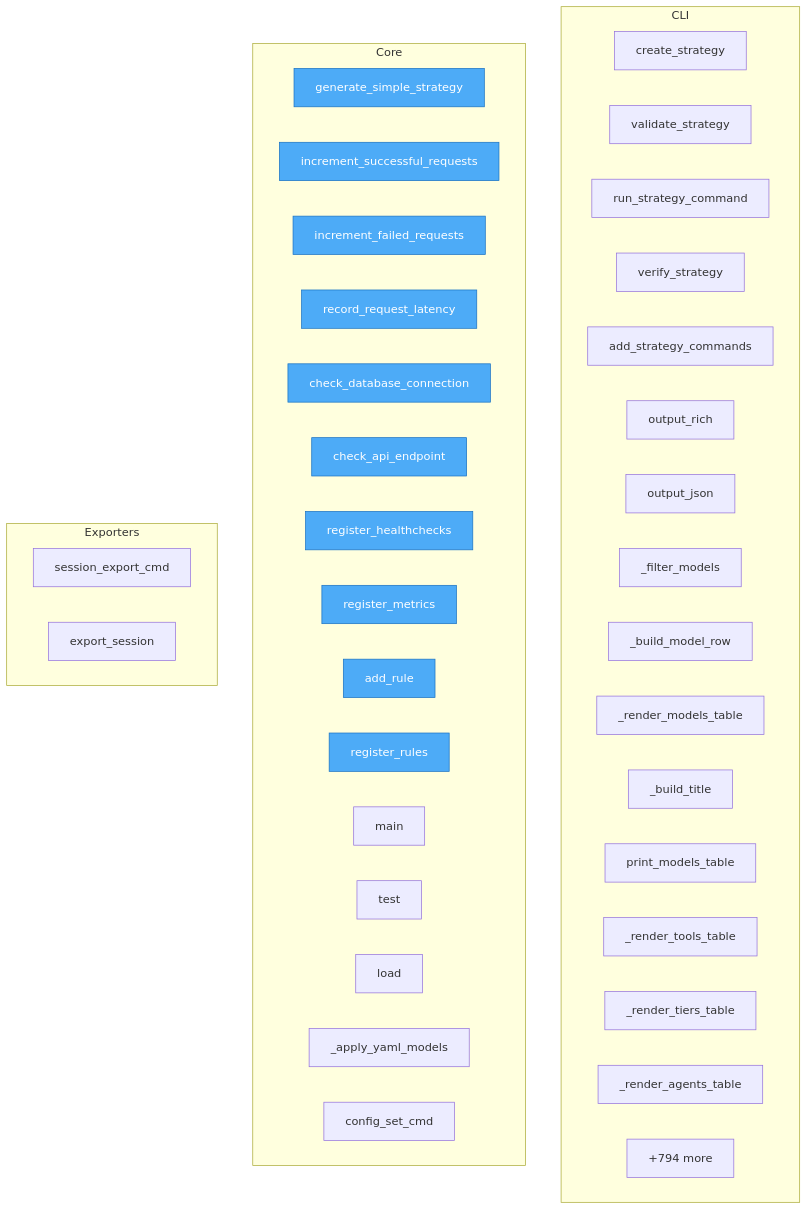
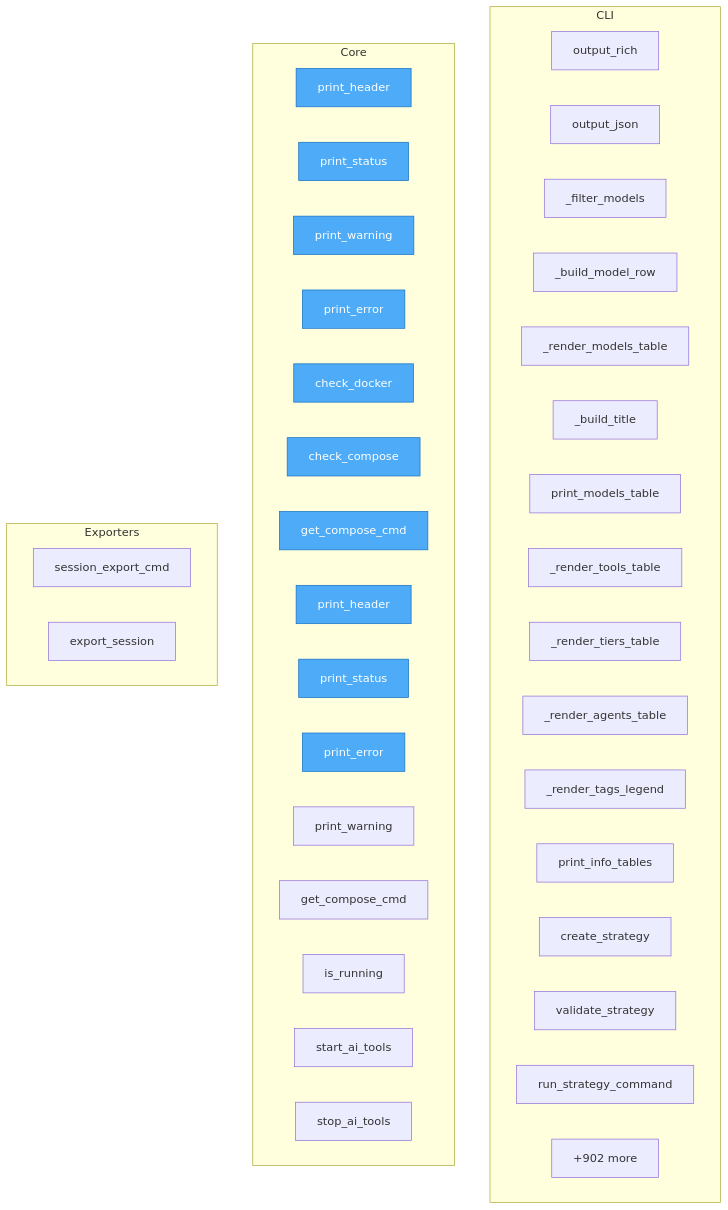
One commit to semcod/llx changed the diagram in project/flow.mmd. Above: the diagram before and after it, drawn with Mermaid. The commit also changed 47 other files, not shown here.

```diff
--- a/project/flow.mmd
+++ b/project/flow.mmd
@@ -1,49 +1,49 @@
 flowchart TD
 
     %% Entry points (blue)
     classDef entry fill:#4dabf7,stroke:#1971c2,color:#fff
 
     subgraph CLI
-        llx__cli__strategy_commands__create_strategy["create_strategy"]
-        llx__cli__strategy_commands__validate_strategy["validate_strategy"]
-        llx__cli__strategy_commands__run_strategy_command["run_strategy_command"]
-        llx__cli__strategy_commands__verify_strategy["verify_strategy"]
-        llx__cli__strategy_commands__add_strategy_commands["add_strategy_commands"]
         llx__cli__formatters__output_rich["output_rich"]
         llx__cli__formatters__output_json["output_json"]
         llx__cli__formatters___filter_models["_filter_models"]
         llx__cli__formatters___build_model_row["_build_model_row"]
         llx__cli__formatters___render_models_table["_render_models_table"]
         llx__cli__formatters___build_title["_build_title"]
         llx__cli__formatters__print_models_table["print_models_table"]
         llx__cli__formatters___render_tools_table["_render_tools_table"]
         llx__cli__formatters___render_tiers_table["_render_tiers_table"]
         llx__cli__formatters___render_agents_table["_render_agents_table"]
-        ...["+30 more"]
+        llx__cli__formatters___render_tags_legend["_render_tags_legend"]
+        llx__cli__formatters__print_info_tables["print_info_tables"]
+        llx__cli__strategy_commands__create_strategy["create_strategy"]
+        llx__cli__strategy_commands__validate_strategy["validate_strategy"]
+        llx__cli__strategy_commands__run_strategy_command["run_strategy_command"]
+        ...["+31 more"]
     end
 
     subgraph Core
-        simple_generate__generate_simple_strategy["generate_simple_strategy"]
-        my_api__monitoring__CustomMetrics__increment_successful_requests["increment_successful_requests"]
-        my_api__monitoring__CustomMetrics__increment_failed_requests["increment_failed_requests"]
-        my_api__monitoring__CustomMetrics__record_request_latency["record_request_latency"]
-        my_api__monitoring__HealthChecks__check_database_connection["check_database_connection"]
-        my_api__monitoring__HealthChecks__check_api_endpoint["check_api_endpoint"]
-        my_api__monitoring__HealthChecks__register_healthchecks["register_healthchecks"]
-        my_api__monitoring__PrometheusMetrics__register_metrics["register_metrics"]
-        my_api__monitoring__AlertingRules__add_rule["add_rule"]
-        my_api__monitoring__AlertingRules__register_rules["register_rules"]
-        my_api__monitoring__main["main"]
-        trace__test["test"]
-        llx__config__LlxConfig__load["load"]
-        llx__config___apply_yaml_models["_apply_yaml_models"]
-        llx__prellm__cli_config__config_set_cmd["config_set_cmd"]
-        ...["+794 more"]
+        docker_manage__print_header["print_header"]
+        docker_manage__print_status["print_status"]
+        docker_manage__print_warning["print_warning"]
+        docker_manage__print_error["print_error"]
+        docker_manage__check_docker["check_docker"]
+        docker_manage__check_compose["check_compose"]
+        docker_manage__get_compose_cmd["get_compose_cmd"]
+        ai_tools_manage__print_header["print_header"]
+        ai_tools_manage__print_status["print_status"]
+        ai_tools_manage__print_error["print_error"]
+        ai_tools_manage__print_warning["print_warning"]
+        ai_tools_manage__get_compose_cmd["get_compose_cmd"]
+        ai_tools_manage__is_running["is_running"]
+        ai_tools_manage__start_ai_tools["start_ai_tools"]
+        ai_tools_manage__stop_ai_tools["stop_ai_tools"]
+        ...["+902 more"]
     end
 
     subgraph Exporters
         llx__prellm__cli__session_export_cmd["session_export_cmd"]
         llx__prellm__context__user_memory__UserMemory__export_session["export_session"]
     end
 
-    class simple_generate__generate_simple_strategy,my_api__monitoring__CustomMetrics__increment_successful_requests,my_api__monitoring__CustomMetrics__increment_failed_requests,my_api__monitoring__CustomMetrics__record_request_latency,my_api__monitoring__HealthChecks__check_database_connection,my_api__monitoring__HealthChecks__check_api_endpoint,my_api__monitoring__HealthChecks__register_healthchecks,my_api__monitoring__PrometheusMetrics__register_metrics,my_api__monitoring__AlertingRules__add_rule,my_api__monitoring__AlertingRules__register_rules entry
+    class docker_manage__print_header,docker_manage__print_status,docker_manage__print_warning,docker_manage__print_error,docker_manage__check_docker,docker_manage__check_compose,docker_manage__get_compose_cmd,ai_tools_manage__print_header,ai_tools_manage__print_status,ai_tools_manage__print_error entry
```
